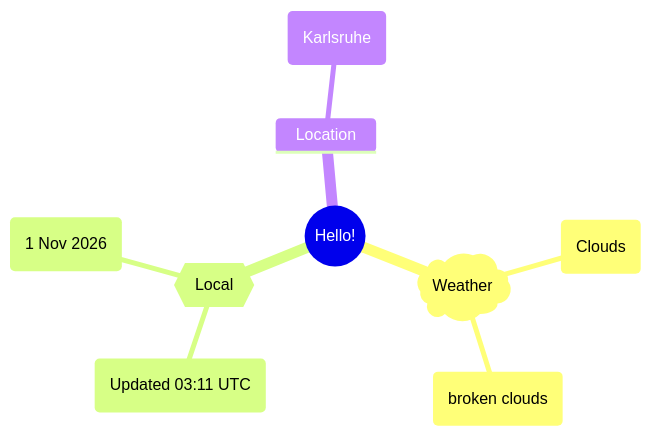
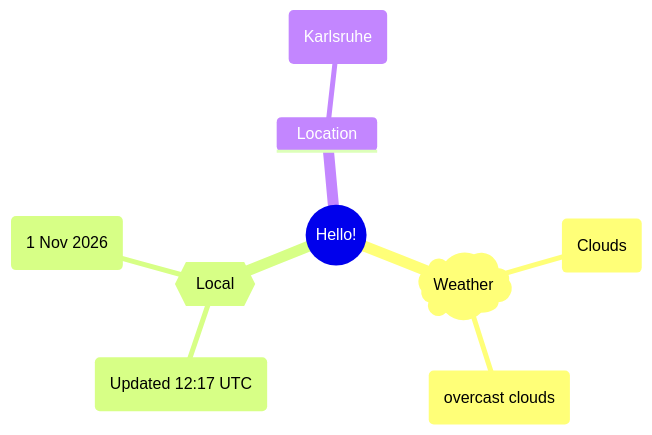
Before and after one commit to Xosrov/Xosrov: the first of 2 diagrams in README.md, drawn with Mermaid.

Commit message:
[bot] updated images

````diff
--- a/README.md
+++ b/README.md
@@ -3,12 +3,12 @@
 ```mermaid
 mindmap
   root((Hello!))
     )Weather(
         (Clouds)
-        (broken clouds)
+        (overcast clouds)
     {{Local}}
-        (Updated 03:11 UTC)
+        (Updated 12:17 UTC)
         (1 Nov 2026)
     Location
         (Karlsruhe)
 ```
````
